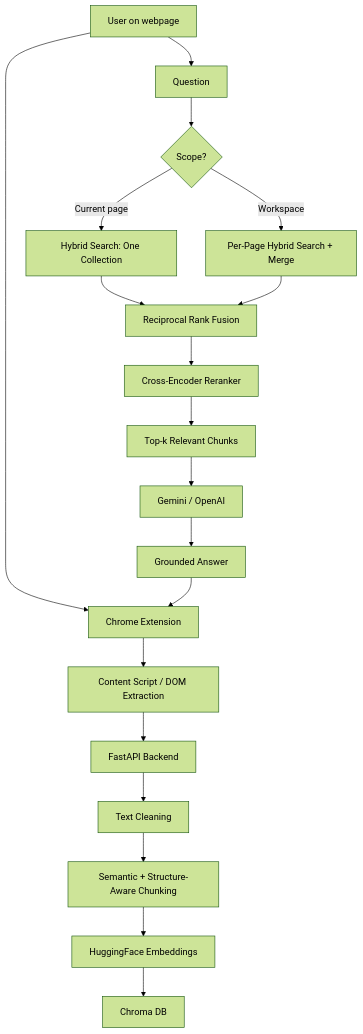
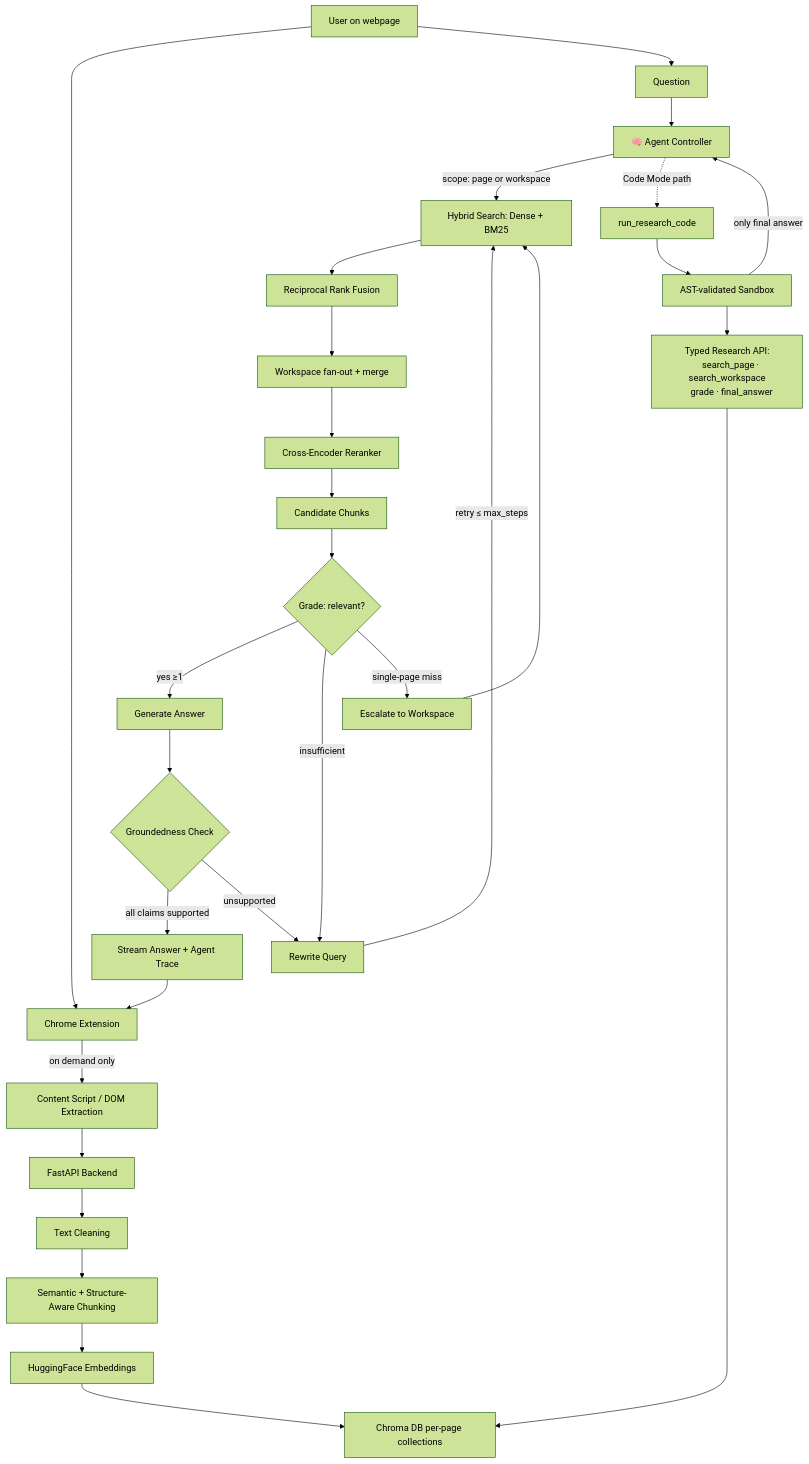
One commit to solutionundertaken95/Changayi changed the diagram in README.md. Above: the diagram before and after it, drawn with Mermaid (forest theme). The commit also changed other lines of this file, not shown here.

````diff
--- a/README.md
+++ b/README.md
@@ -152,21 +186,39 @@
 ```mermaid
 flowchart TD
     User[User on webpage] --> Extension[Chrome Extension]
-    Extension --> Scrape[Content Script / DOM Extraction]
+    Extension -->|on demand only| Scrape[Content Script / DOM Extraction]
     Scrape --> Backend[FastAPI Backend]
     Backend --> Cleaner[Text Cleaning]
     Cleaner --> Chunker[Semantic + Structure-Aware Chunking]
     Chunker --> Embedder[HuggingFace Embeddings]
-    Embedder --> Chroma[Chroma DB]
+    Embedder --> Chroma[Chroma DB per-page collections]
+
     User --> Question[Question]
-    Question --> Scope{Scope?}
-    Scope -->|Current page| Search1[Hybrid Search: One Collection]
-    Scope -->|Workspace| Fanout[Per-Page Hybrid Search + Merge]
+    Question --> Agent[🧠 Agent Controller]
+
+    Agent -->|scope: page or workspace| Search1[Hybrid Search: Dense + BM25]
     Search1 --> Fuse[Reciprocal Rank Fusion]
-    Fanout --> Fuse
-    Fuse --> Rerank[Cross-Encoder Reranker]
-    Rerank --> Relevant[Top-k Relevant Chunks]
-    Relevant --> LLM[Gemini / OpenAI]
-    LLM --> Answer[Grounded Answer]
+    Fuse --> Fanout[Workspace fan-out + merge]
+    Fanout --> Rerank[Cross-Encoder Reranker]
+    Rerank --> Candidates[Candidate Chunks]
+
+    Candidates --> Grade{Grade: relevant?}
+    Grade -->|yes ≥1| Generate[Generate Answer]
+    Grade -->|insufficient| Rewrite[Rewrite Query]
+    Rewrite -->|retry ≤ max_steps| Search1
+    Grade -->|single-page miss| Escalate[Escalate to Workspace]
+    Escalate --> Search1
+
+    Generate --> Check{Groundedness Check}
+    Check -->|all claims supported| Answer[Stream Answer + Agent Trace]
+    Check -->|unsupported| Rewrite
     Answer --> Extension
+
+    Agent -.->|Code Mode path| CM[run_research_code]
+    CM --> Sandbox[AST-validated Sandbox]
+    Sandbox --> API[Typed Research API:
+    search_page · search_workspace
+    grade · final_answer]
+    API --> Chroma
+    Sandbox -->|only final answer| Agent
 ```
````
